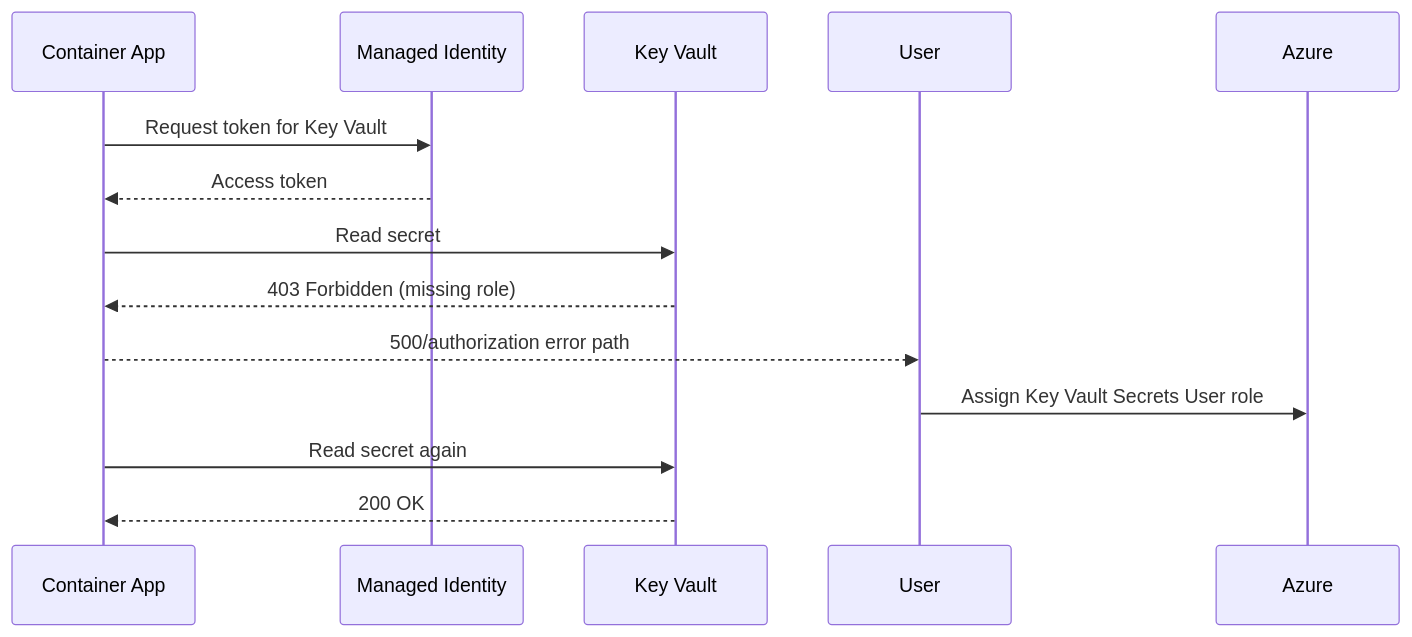
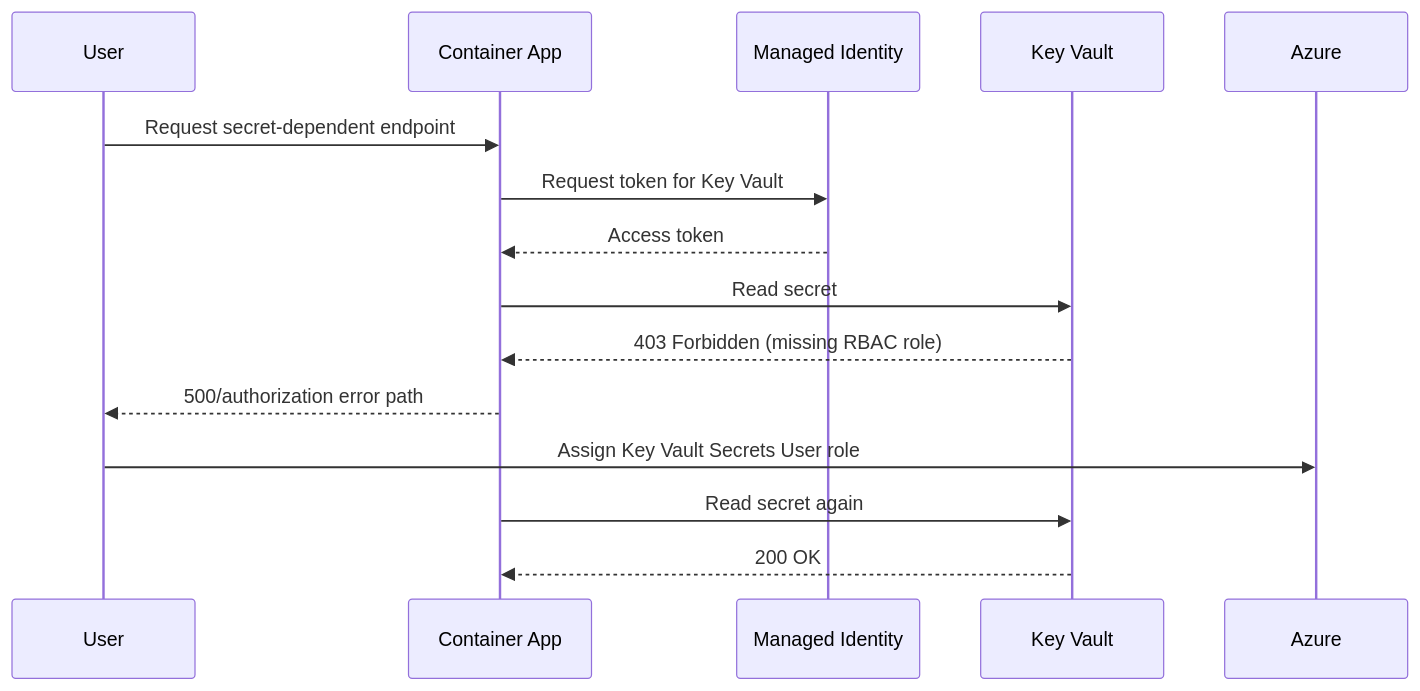
The diagram in docs/troubleshooting/lab-guides/managed-identity-key-vault-failure.md (yeongseon/azure-container-apps-practical-guide), drawn with Mermaid before and after one commit. The commit also changed other lines of this file and 24 other files, not shown here.

````diff
--- a/docs/troubleshooting/lab-guides/managed-identity-key-vault-failure.md
+++ b/docs/troubleshooting/lab-guides/managed-identity-key-vault-failure.md
@@ -65,14 +23,16 @@
 ```mermaid
 sequenceDiagram
+    participant User
     participant App as Container App
     participant MI as Managed Identity
     participant KV as Key Vault
+    User->>App: Request secret-dependent endpoint
     App->>MI: Request token for Key Vault
     MI-->>App: Access token
     App->>KV: Read secret
-    KV-->>App: 403 Forbidden (missing role)
+    KV-->>App: 403 Forbidden (missing RBAC role)
     App-->>User: 500/authorization error path
     User->>Azure: Assign Key Vault Secrets User role
     App->>KV: Read secret again
     KV-->>App: 200 OK
 ```
````
